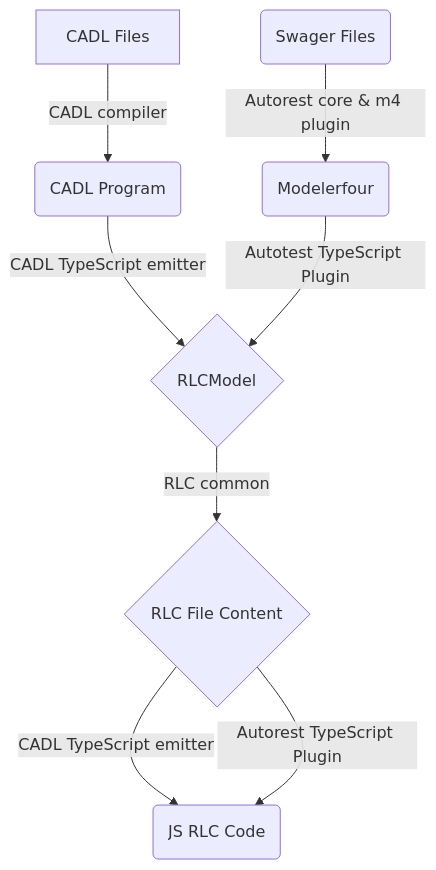
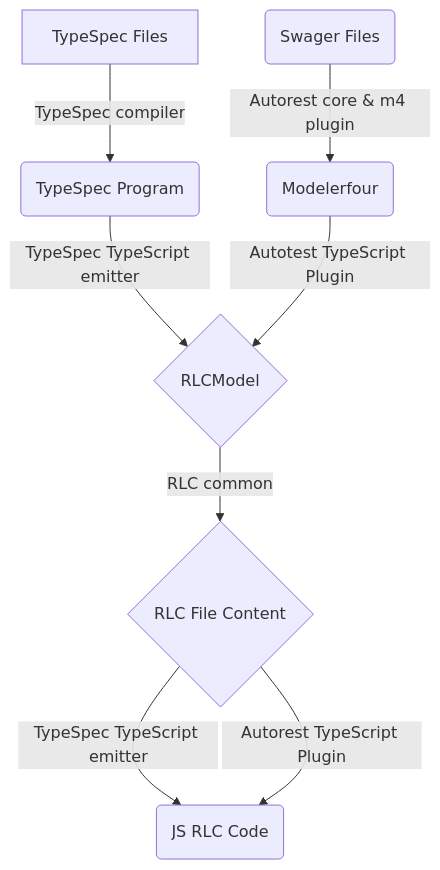
Before and after one commit to Azure/autorest.typescript: the first of 3 diagrams in docs/RLC-generation-Design.md, drawn with Mermaid. The commit also changed other lines of this file and 6 other files, not shown here.

````diff
--- a/docs/RLC-generation-Design.md
+++ b/docs/RLC-generation-Design.md
@@ -11,10 +11,10 @@
 ```mermaid
 graph TD
-A[CADL Files] -->|CADL compiler| B(CADL Program)
-B -->|CADL TypeScript emitter| C{RLCModel}
+A[TypeSpec Files] -->|TypeSpec compiler| B(TypeSpec Program)
+B -->|TypeSpec TypeScript emitter| C{RLCModel}
 C --> |RLC common| D{RLC File Content}
-D --> |CADL TypeScript emitter| E(JS RLC Code)
+D --> |TypeSpec TypeScript emitter| E(JS RLC Code)
 F(Swager Files) -->|Autorest core & m4 plugin| G(Modelerfour)
 G -->|Autotest TypeScript Plugin| C
 D --> |Autorest TypeScript Plugin| E
 ```
````
